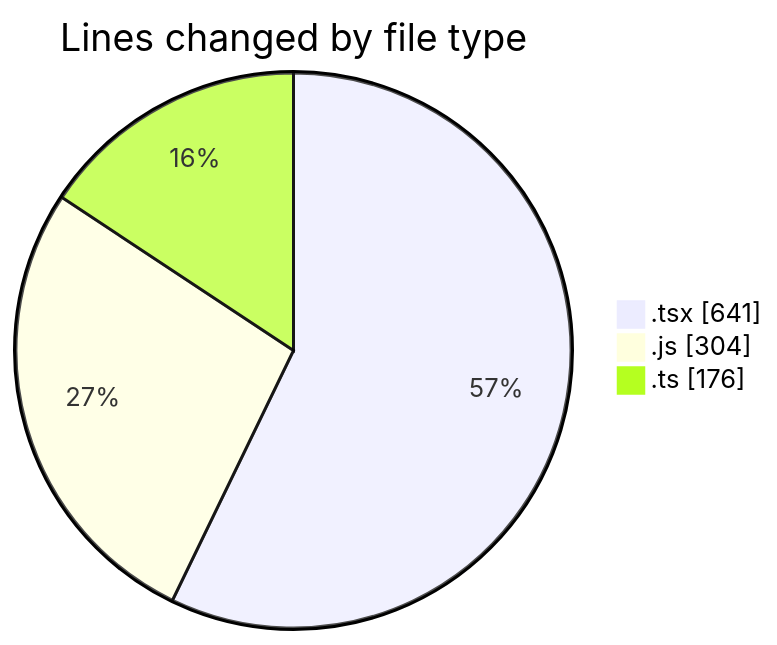
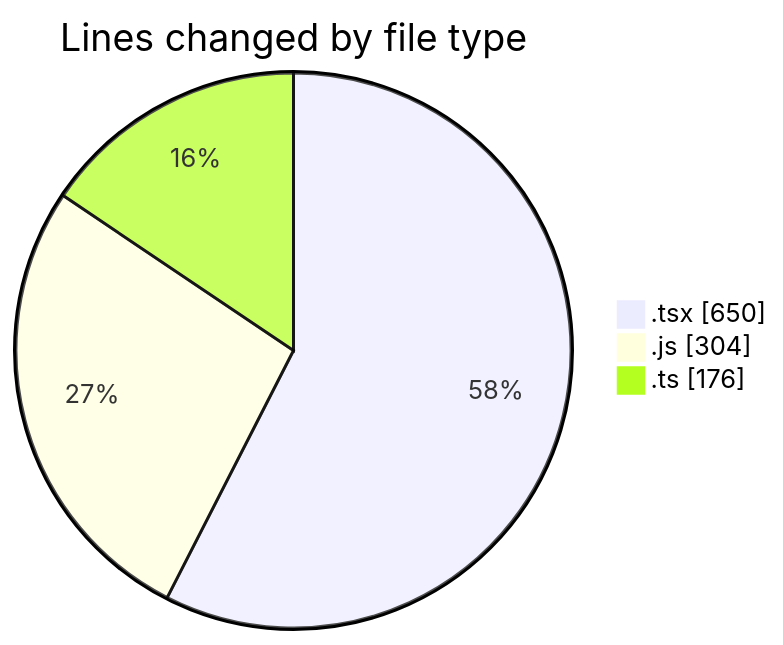
Before and after one commit to momahboobian/code-tracking: the first of 2 diagrams in 2025-02-26/cda/README.md, drawn with Mermaid. The commit also changed other lines of this file and 1 other file, not shown here.

````diff
--- a/2025-02-26/cda/README.md
+++ b/2025-02-26/cda/README.md
@@ -30,7 +30,7 @@
 ```mermaid
 pie showData
 title Lines changed by file type
-".tsx" : 641
+".tsx" : 650
 ".js" : 304
 ".ts" : 176
 ```
````
